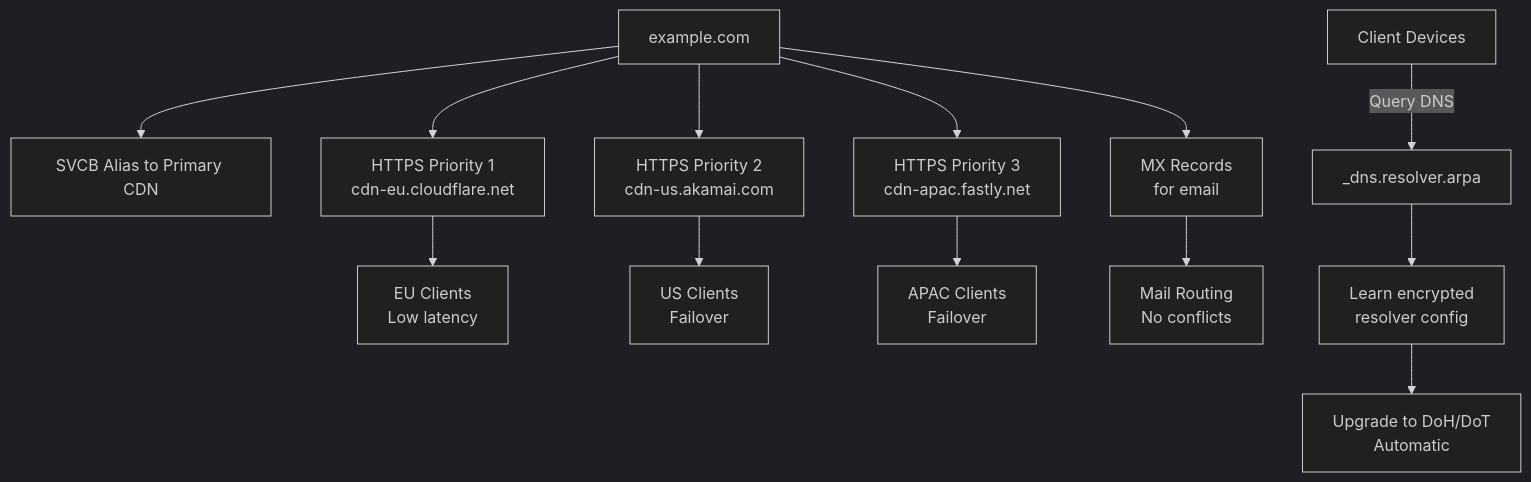
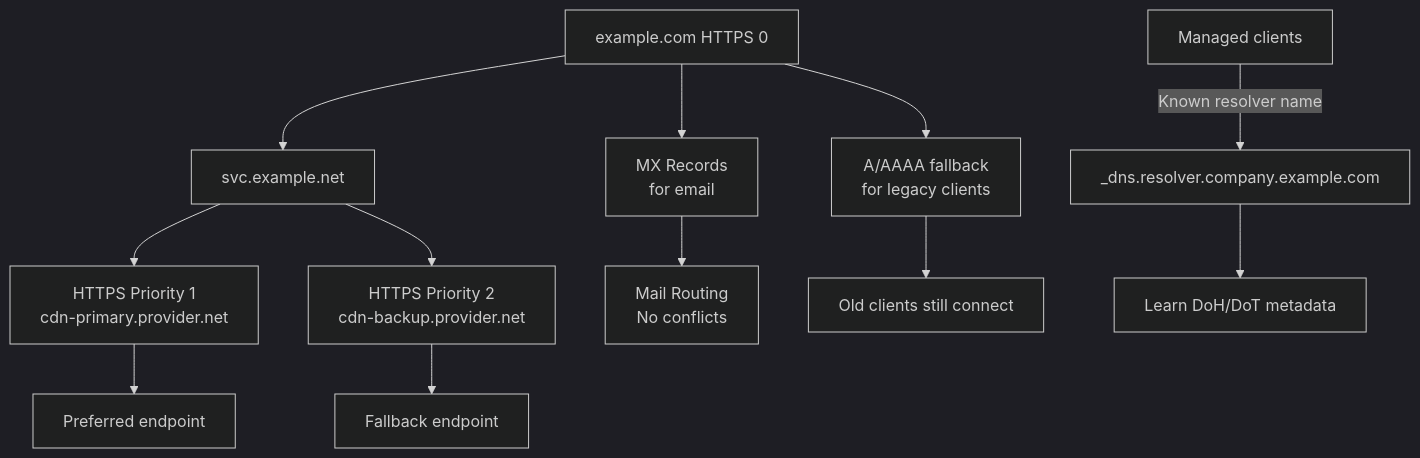
One commit to simonpainter/www.simonpainter.com changed the diagram in blog/svcb-https-records.md. Above: the diagram before and after it, drawn with Mermaid (dark theme). The commit also changed other lines of this file, not shown here.

````diff
--- a/blog/svcb-https-records.md
+++ b/blog/svcb-https-records.md
@@ -350,17 +373,16 @@
 ```mermaid
 graph TB
-    A["example.com"] --> B["SVCB Alias to Primary CDN"]
-    A --> C["HTTPS Priority 1<br/>cdn-eu.cloudflare.net"]
-    A --> D["HTTPS Priority 2<br/>cdn-us.akamai.com"]
-    A --> E["HTTPS Priority 3<br/>cdn-apac.fastly.net"]
-    A --> F["MX Records<br/>for email"]
+    A["example.com HTTPS 0"] --> B["svc.example.net"]
+    B --> C["HTTPS Priority 1<br/>cdn-primary.provider.net"]
+    B --> D["HTTPS Priority 2<br/>cdn-backup.provider.net"]
+    A --> E["MX Records<br/>for email"]
+    A --> F["A/AAAA fallback<br/>for legacy clients"]
     
-    C --> G["EU Clients<br/>Low latency"]
-    D --> H["US Clients<br/>Failover"]
-    E --> I["APAC Clients<br/>Failover"]
-    F --> J["Mail Routing<br/>No conflicts"]
+    C --> G["Preferred endpoint"]
+    D --> H["Fallback endpoint"]
+    E --> I["Mail Routing<br/>No conflicts"]
+    F --> J["Old clients still connect"]
     
-    K["Client Devices"] -->|Query DNS| L["_dns.resolver.arpa"]
-    L --> M["Learn encrypted<br/>resolver config"]
-    M --> N["Upgrade to DoH/DoT<br/>Automatic"]
+    K["Managed clients"] -->|Known resolver name| L["_dns.resolver.company.example.com"]
+    L --> M["Learn DoH/DoT metadata"]
 ```
````
